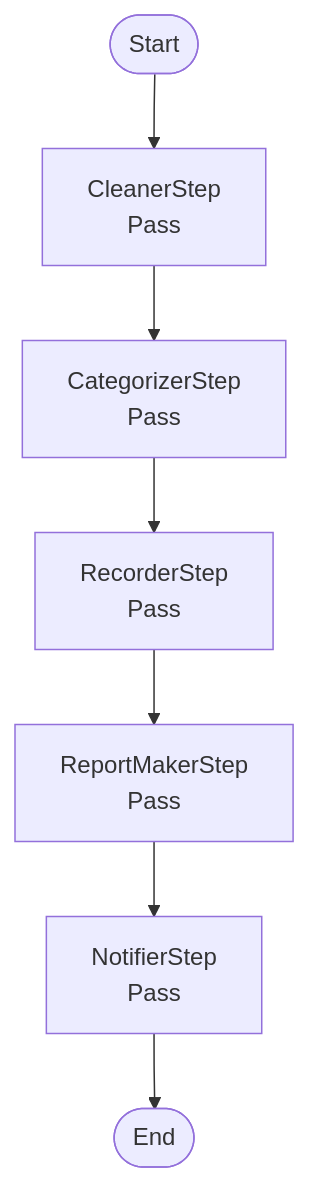
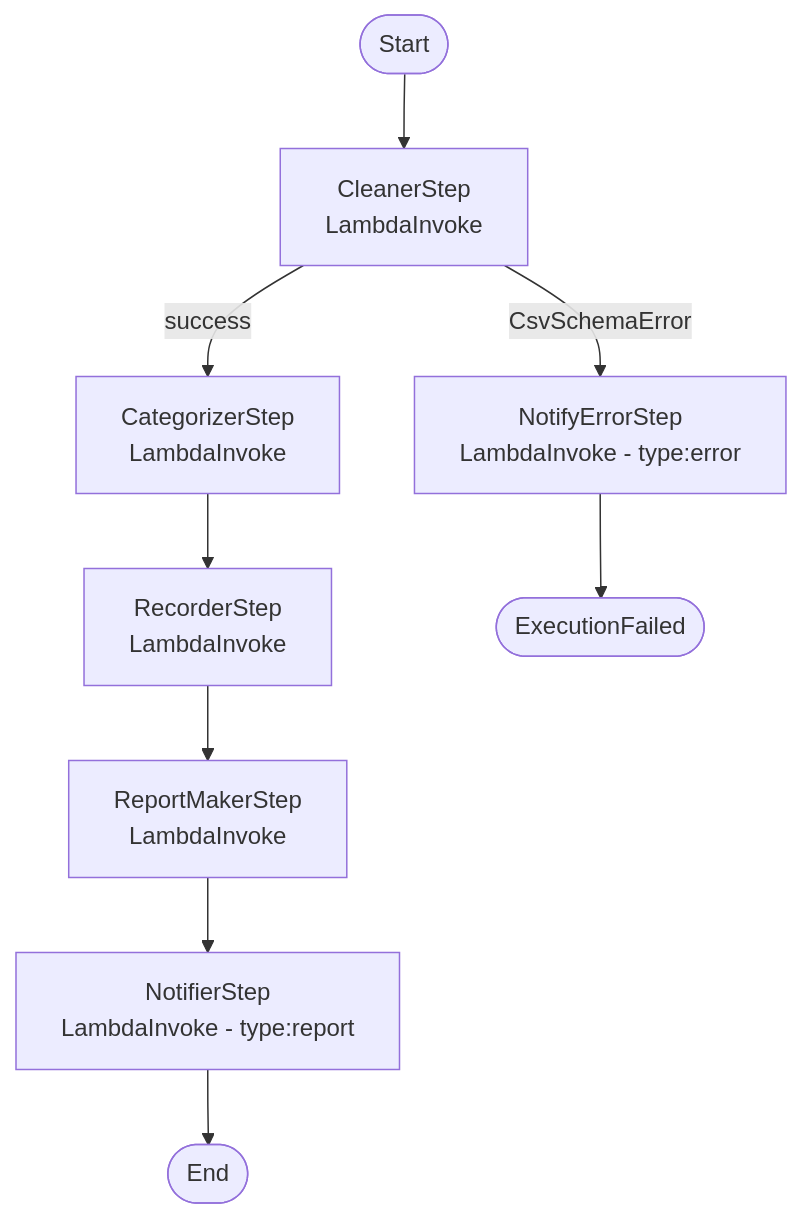
The diagram in infra/lib/constructs/pipeline/state-machine.md (JeanClaudeVanMan/budgetinator9000), drawn with Mermaid before and after one commit. The commit also changed other lines of this file and 5 other files, not shown here.

````diff
--- a/infra/lib/constructs/pipeline/state-machine.md
+++ b/infra/lib/constructs/pipeline/state-machine.md
@@ -3,9 +3,17 @@
 ```mermaid
 flowchart TD
-    Start([Start]) --> Cleaner[CleanerStep\nPass]
-    Cleaner --> Categorizer[CategorizerStep\nPass]
-    Categorizer --> Recorder[RecorderStep\nPass]
-    Recorder --> ReportMaker[ReportMakerStep\nPass]
-    ReportMaker --> Notifier[NotifierStep\nPass]
+    Start([Start]) --> Cleaner[CleanerStep
+LambdaInvoke]
+    Cleaner -->|success| Categorizer[CategorizerStep
+LambdaInvoke]
+    Cleaner -->|CsvSchemaError| NotifyError[NotifyErrorStep
+LambdaInvoke - type:error]
+    Categorizer --> Recorder[RecorderStep
+LambdaInvoke]
+    Recorder --> ReportMaker[ReportMakerStep
+LambdaInvoke]
+    ReportMaker --> Notifier[NotifierStep
+LambdaInvoke - type:report]
     Notifier --> End([End])
+    NotifyError --> Fail([ExecutionFailed])
 ```
````
